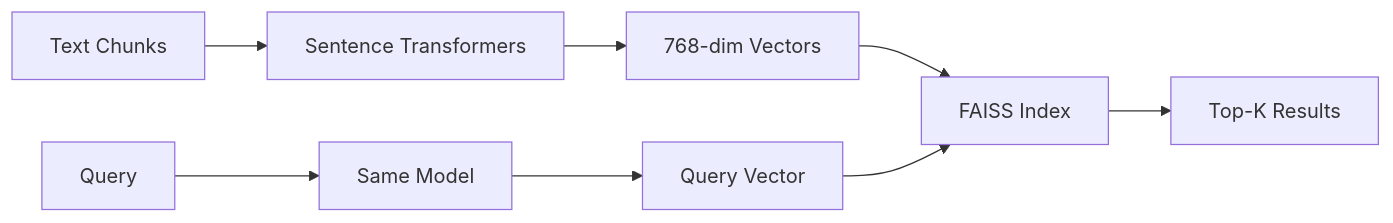
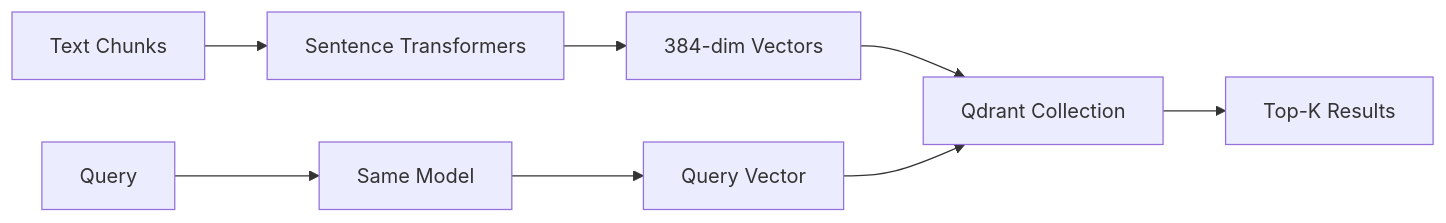
The fourth of 11 diagrams in docs/08_AI_ARCHITECTURE.md (pratapVansh/TRACE), drawn with Mermaid before and after one commit. The commit also changed other lines of this file and 60 other files, not shown here.

````diff
--- a/docs/08_AI_ARCHITECTURE.md
+++ b/docs/08_AI_ARCHITECTURE.md
@@ -177,10 +184,10 @@
 ```mermaid
 flowchart LR
     CHK["Text Chunks"] --> ST["Sentence Transformers"]
-    ST --> VEC["768-dim Vectors"]
-    VEC --> IDX["FAISS Index"]
+    ST --> VEC["384-dim Vectors"]
+    VEC --> IDX["Qdrant Collection"]
     Q["Query"] --> ST2["Same Model"]
     ST2 --> QV["Query Vector"]
     QV --> IDX
     IDX --> TOP["Top-K Results"]
 ```
````
